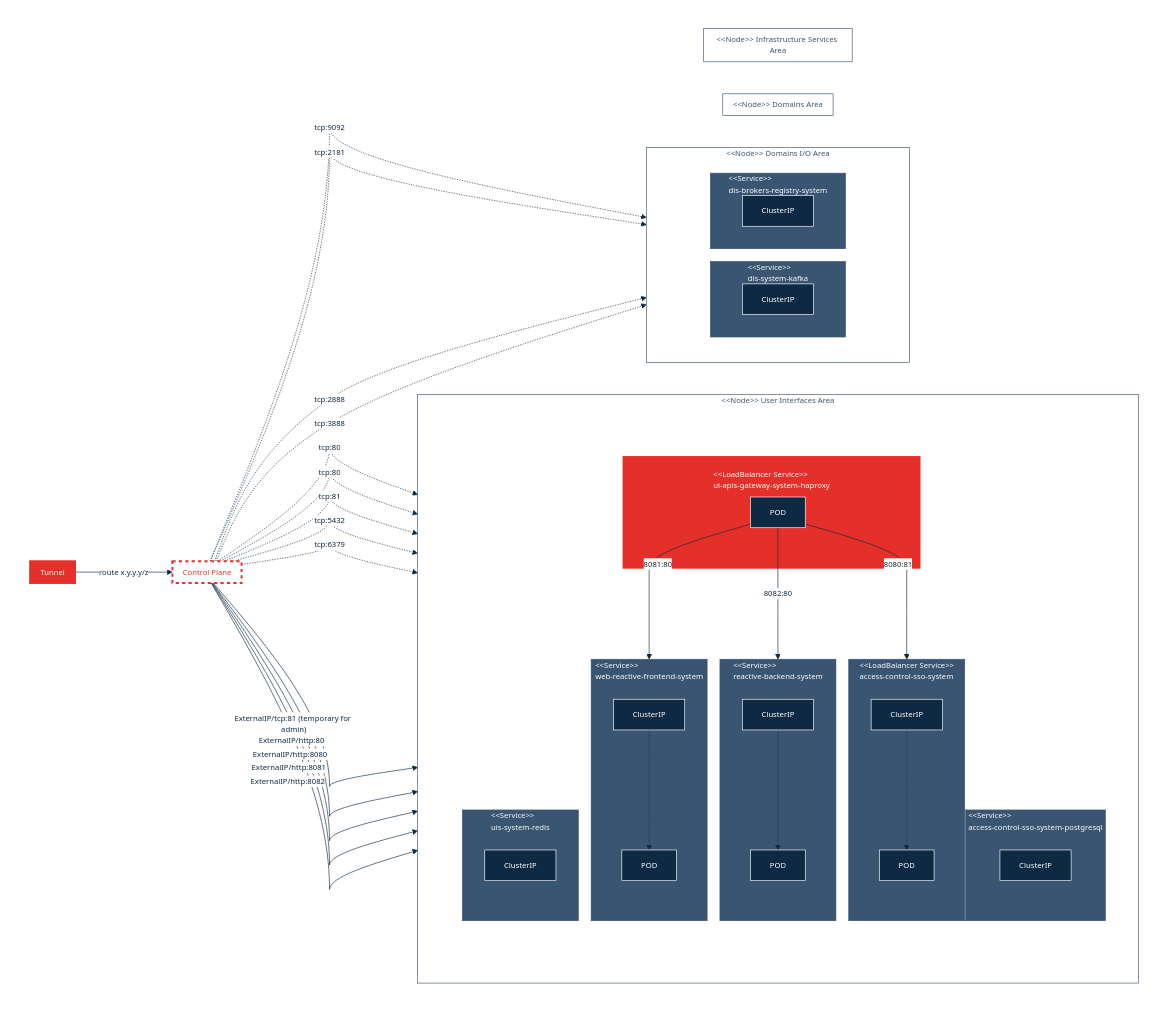
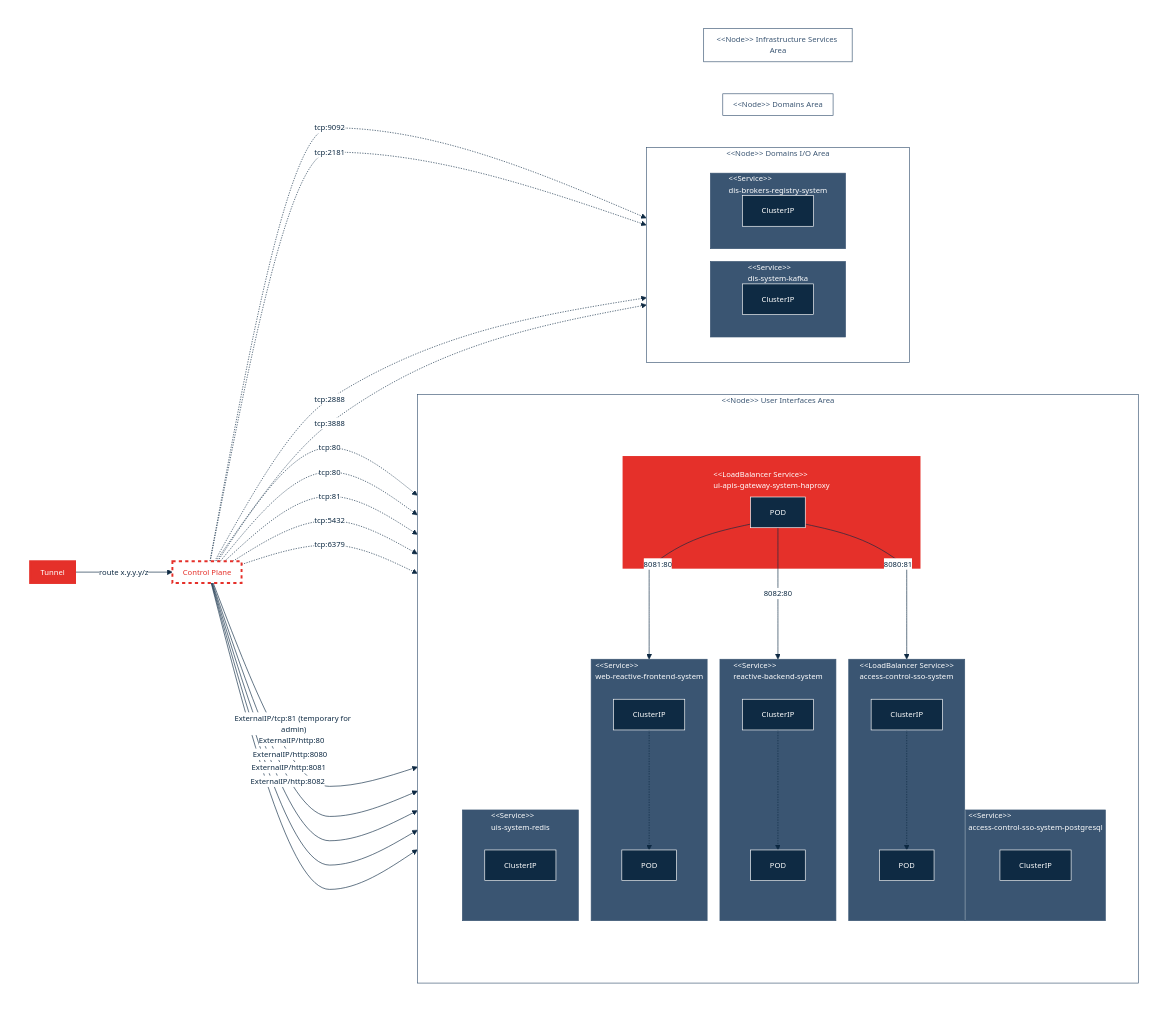
The diagram in implementations-line/systems/README.md (cybnity/foundation), drawn with Mermaid before and after one commit.

```diff
--- a/implementations-line/systems/README.md
+++ b/implementations-line/systems/README.md
@@ -95,7 +95,7 @@
         'noteTextColor': '#fff',
         'noteBorderColor': '#fff'
     },
-    'flowchart': { 'curve': 'monotoneY' }
+    'flowchart': { 'curve': 'monotoneX' }
   }
 }%%
 flowchart LR
```
